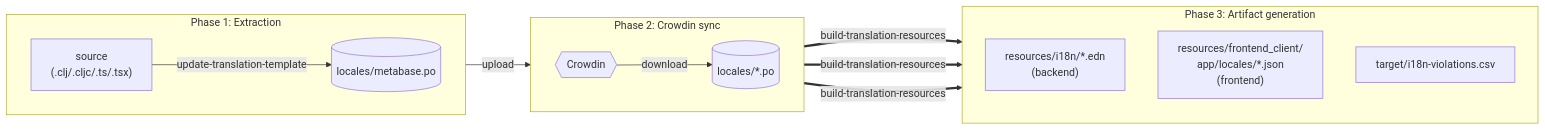
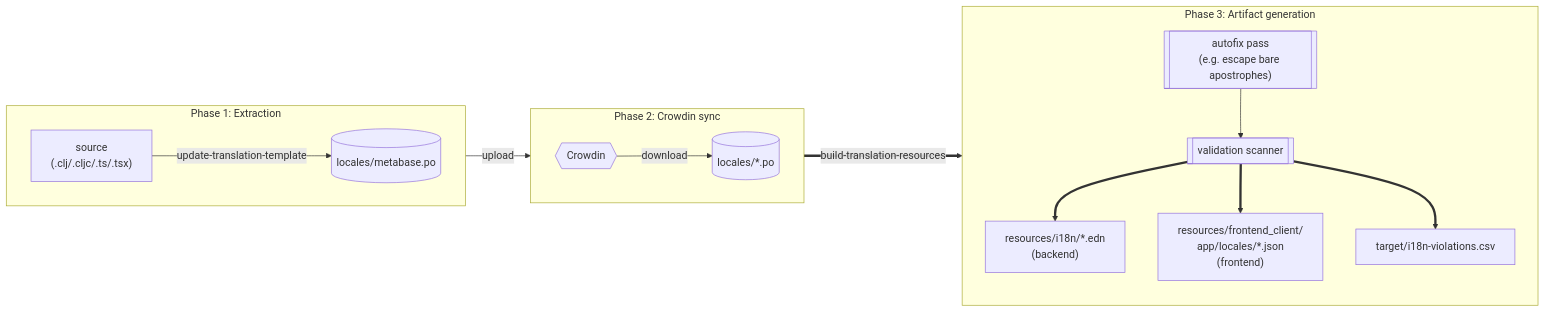
One commit to metabase/metabase changed the diagram in bin/i18n/README.md. Above: the diagram before and after it, drawn with Mermaid. The commit also changed other lines of this file, not shown here.

````diff
--- a/bin/i18n/README.md
+++ b/bin/i18n/README.md
@@ -18,28 +18,32 @@
 ```mermaid
 flowchart LR
     subgraph Extract ["Phase 1: Extraction"]
         direction LR
         Source["source<br/>(.clj/.cljc/.ts/.tsx)"]
         Pot[(locales/metabase.po)]
         Source -->|update-translation-template| Pot
     end
 
     subgraph Sync ["Phase 2: Crowdin sync"]
         direction LR
         Crowdin{{Crowdin}}
         LocalePo[(locales/*.po)]
         Crowdin -->|download| LocalePo
     end
 
     subgraph Build ["Phase 3: Artifact generation"]
         direction TB
+        Autofix[["autofix pass<br/>(e.g. escape bare apostrophes)"]]
+        Scanner[["validation scanner"]]
         Edn["resources/i18n/*.edn<br/>(backend)"]
         Json["resources/frontend_client/<br/>app/locales/*.json<br/>(frontend)"]
         Csv["target/i18n-violations.csv"]
+        Autofix --> Scanner
+        Scanner ==> Edn
+        Scanner ==> Json
+        Scanner ==> Csv
     end
 
     Pot -->|upload| Crowdin
-    LocalePo ==>|build-translation-resources| Edn
-    LocalePo ==>|build-translation-resources| Json
-    LocalePo ==>|build-translation-resources| Csv
+    LocalePo ==>|build-translation-resources| Autofix
 ```
````
